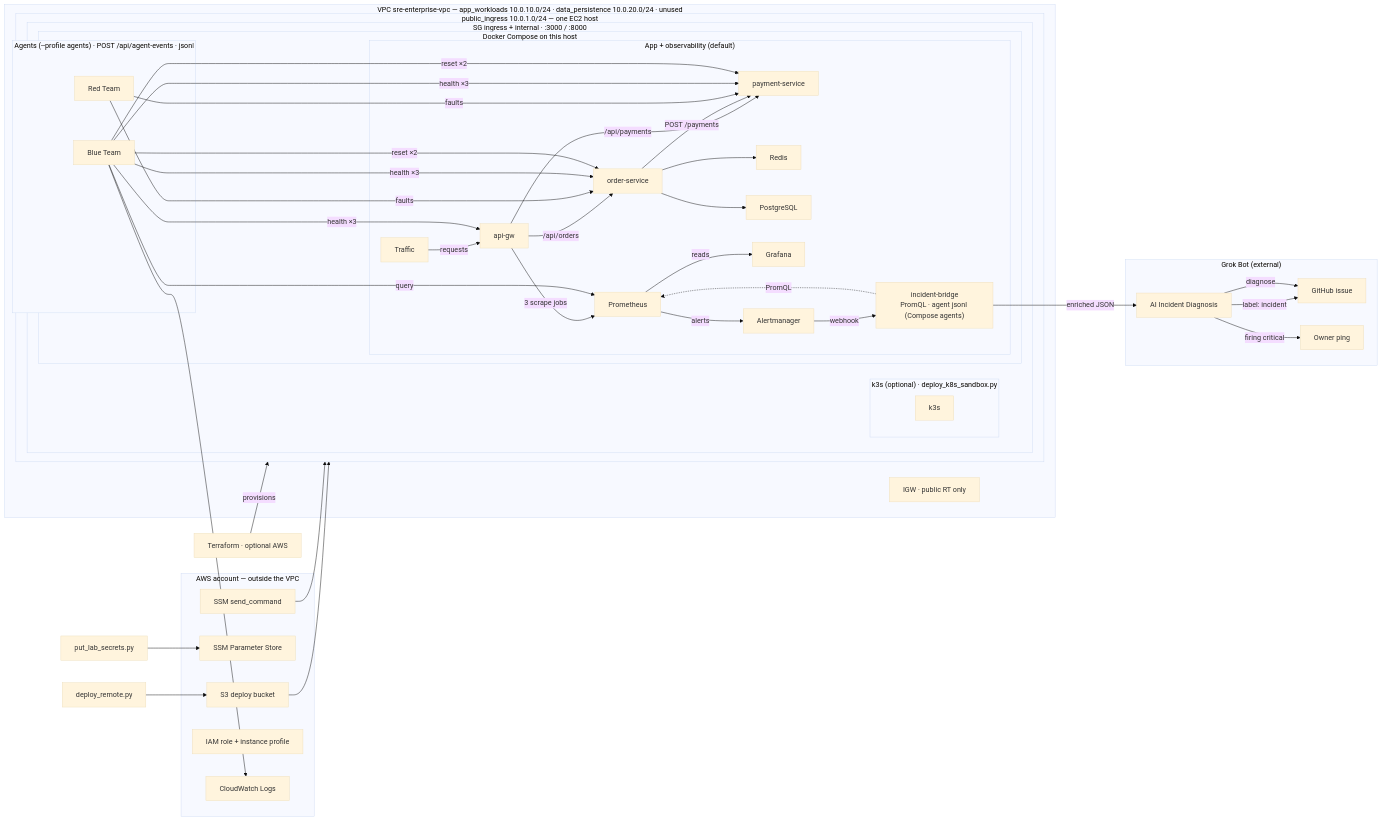
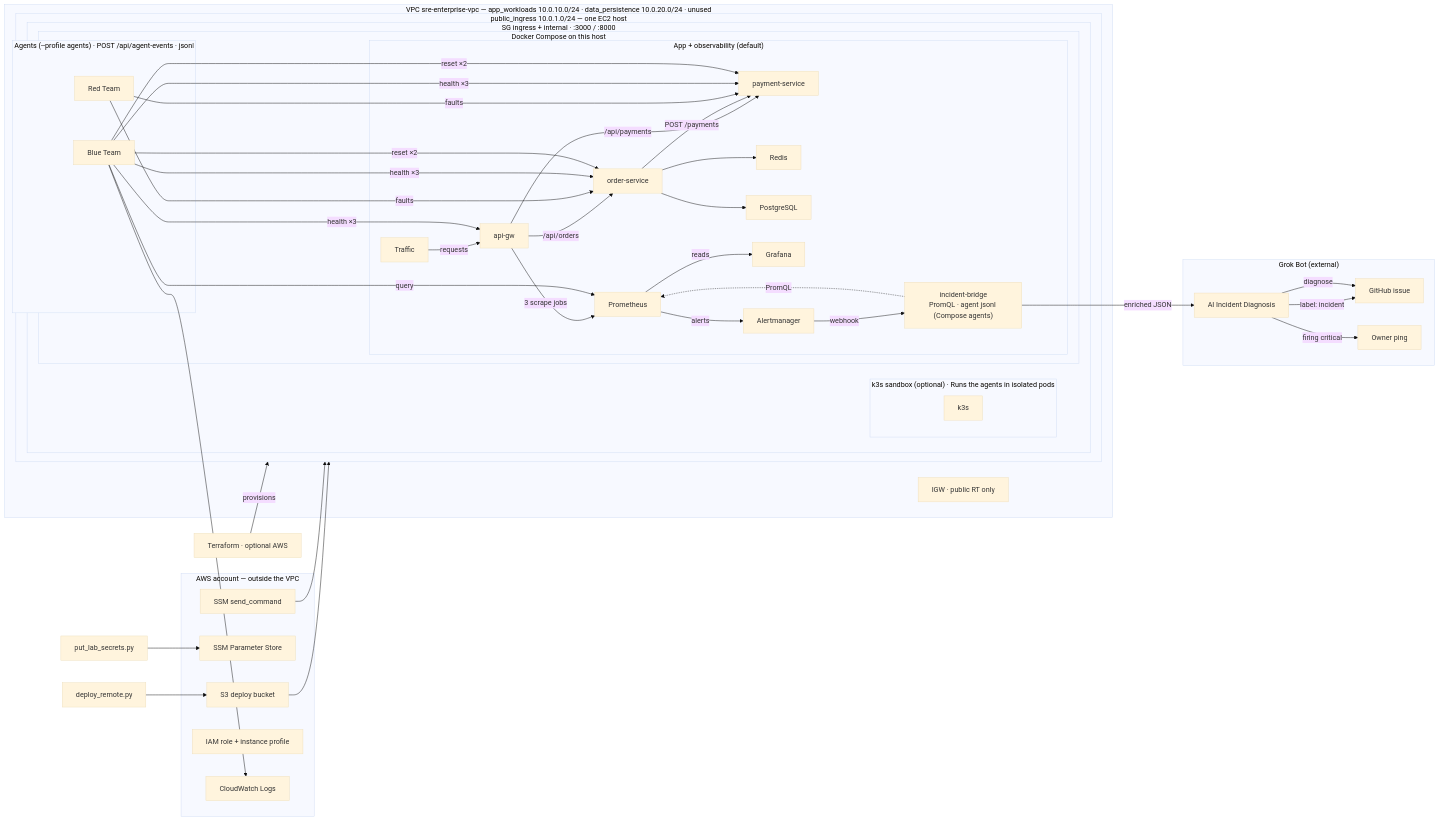
The diagram in docs/architecture.mmd (ritvikindupuri/ResilienceOps), drawn with Mermaid before and after one commit. The commit also changed 5 other files, not shown here.

First line of the commit message:
Relabel the optional k3s box as a sandbox for isolated agent pods. (#6)

```diff
--- a/docs/architecture.mmd
+++ b/docs/architecture.mmd
@@ -1,75 +1,75 @@
 %%{init: { "theme": "base", "flowchart": { "curve": "basis" } }}%%
 flowchart LR
   TF["Terraform · optional AWS"]
   DEPLOY["deploy_remote.py"]
   SECRETS["put_lab_secrets.py"]
   subgraph aws ["AWS account — outside the VPC"]
     S3["S3 deploy bucket"]
     PARAM["SSM Parameter Store"]
     SSM["SSM send_command"]
     IAM["IAM role + instance profile"]
     CW["CloudWatch Logs"]
   end
   subgraph vpc ["VPC sre-enterprise-vpc — app_workloads 10.0.10.0/24 · data_persistence 10.0.20.0/24 · unused"]
     IGW["IGW · public RT only"]
     subgraph pub ["public_ingress 10.0.1.0/24 — one EC2 host"]
       subgraph sg ["SG ingress + internal · :3000 / :8000"]
-        subgraph k3sopt ["k3s (optional) · deploy_k8s_sandbox.py"]
+        subgraph k3sopt ["k3s sandbox (optional) · Runs the agents in isolated pods"]
           K3S[k3s]
         end
         subgraph compose ["Docker Compose on this host"]
           subgraph agents ["Agents (--profile agents) · POST /api/agent-events · jsonl"]
             RED[Red Team]
             BLUE[Blue Team]
           end
           subgraph app ["App + observability (default)"]
           TG[Traffic]
           GW[api-gw]
           OS[order-service]
           PS[payment-service]
           RD[Redis]
           PG[PostgreSQL]
           PROM[Prometheus]
           GRAF[Grafana]
           AM[Alertmanager]
           BR["incident-bridge\nPromQL · agent jsonl (Compose agents)"]
           TG -->|"requests"| GW
           GW -->|"/api/orders"| OS
           GW -->|"/api/payments"| PS
           OS -->|"POST /payments"| PS
           OS --> RD
           OS --> PG
           GW -->|"3 scrape jobs"| PROM
           PROM -->|"reads"| GRAF
           PROM -->|"alerts"| AM
           AM -->|"webhook"| BR
           BR -.->|"PromQL"| PROM
           end
         end
       end
     end
   end
 
   subgraph grok ["Grok Bot (external)"]
     BOT["AI Incident Diagnosis"]
     GH[GitHub issue]
     PING[Owner ping]
     BOT -->|"label: incident"| GH
     BOT -->|"firing critical"| PING
   end
 
   TF -->|provisions| pub
   DEPLOY --> S3 --> pub
   SSM --> pub
   SECRETS --> PARAM
   RED -->|"faults"| OS
   RED -->|"faults"| PS
   BLUE -->|"health ×3"| GW
   BLUE -->|"health ×3"| OS
   BLUE -->|"health ×3"| PS
   BLUE -->|"reset ×2"| OS
   BLUE -->|"reset ×2"| PS
   BLUE -->|"query"| PROM
   BLUE --> CW
   BR -->|"enriched JSON"| BOT
   BOT -->|"diagnose"| GH
```
